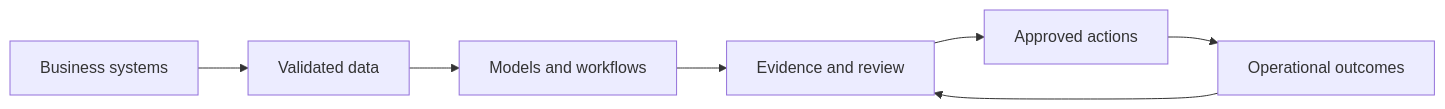
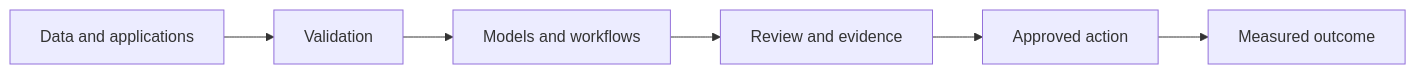
One commit to AlexNeil002/AlexNeil002 changed the diagram in README.md. Above: the diagram before and after it, drawn with Mermaid. The commit also changed other lines of this file, not shown here.

````diff
--- a/README.md
+++ b/README.md
@@ -16,9 +16,8 @@
 ```mermaid
 flowchart LR
-    A["Business systems"] --> B["Validated data"]
-    B --> C["Models and workflows"]
-    C --> D["Evidence and review"]
-    D --> E["Approved actions"]
-    E --> F["Operational outcomes"]
-    F --> D
+  A[Data and applications] --> B[Validation]
+  B --> C[Models and workflows]
+  C --> D[Review and evidence]
+  D --> E[Approved action]
+  E --> F[Measured outcome]
 ```
````
